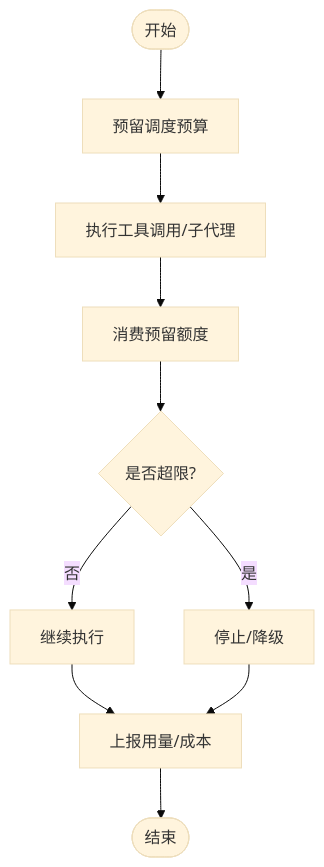
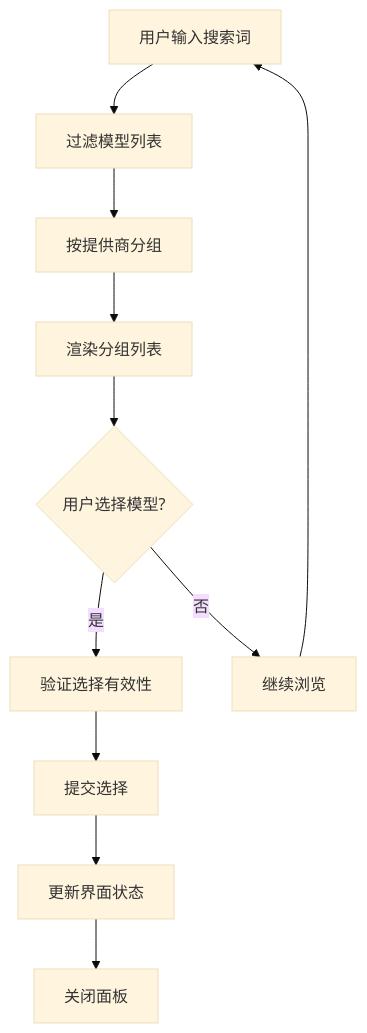
The fifth of 6 diagrams in .qoder/repowiki/zh/content/用户界面/对话编辑器/努力程度控制.md (haolange/RDC-Agent), drawn with Mermaid (base theme) before and after one commit. The commit also changed other lines of this file and 22 other files, not shown here.

````diff
--- a/.qoder/repowiki/zh/content/用户界面/对话编辑器/努力程度控制.md
+++ b/.qoder/repowiki/zh/content/用户界面/对话编辑器/努力程度控制.md
@@ -344,12 +225,13 @@
 ```mermaid
 flowchart TD
-Start(["开始"]) --> Reserve["预留调度预算"]
-Reserve --> Execute["执行工具调用/子代理"]
-Execute --> Consume["消费预留额度"]
-Consume --> Check{"是否超限?"}
-Check -- 否 --> Continue["继续执行"]
-Check -- 是 --> Stop["停止/降级"]
-Continue --> Report["上报用量/成本"]
-Stop --> Report
-Report --> End(["结束"])
+Search["用户输入搜索词"] --> Filter["过滤模型列表"]
+Filter --> Group["按提供商分组"]
+Group --> Display["渲染分组列表"]
+Display --> Select{"用户选择模型?"}
+Select -- 是 --> Validate["验证选择有效性"]
+Select -- 否 --> Continue["继续浏览"]
+Validate --> Commit["提交选择"]
+Commit --> UpdateUI["更新界面状态"]
+UpdateUI --> Close["关闭面板"]
+Continue --> Search
 ```
````
